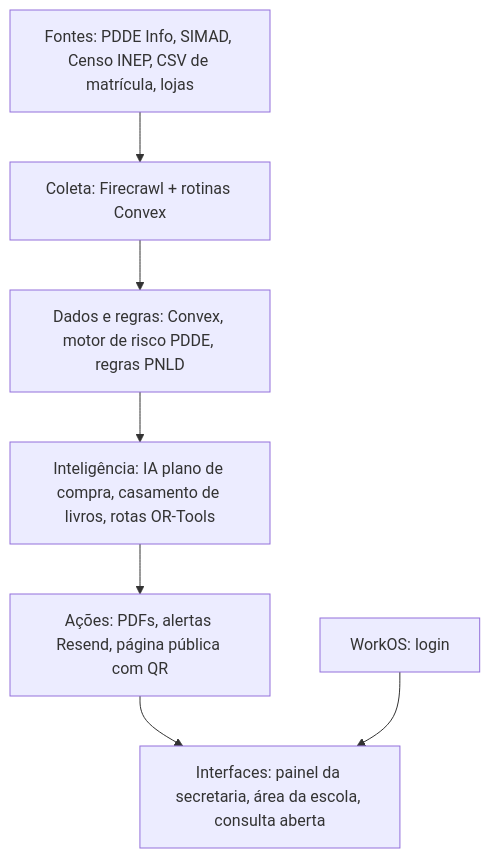
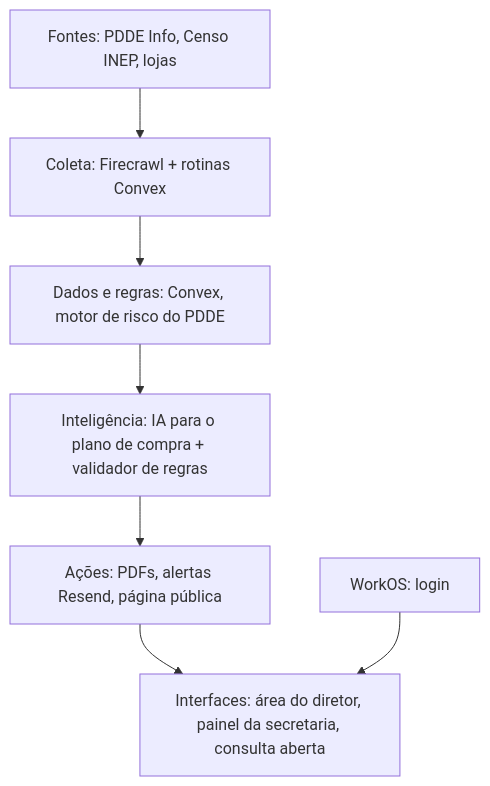
Before and after one commit to guimais/landing-page-hack-brasil: the diagram in README.md, drawn with Mermaid. The commit also changed other lines of this file and 2 other files, not shown here.

````diff
--- a/README.md
+++ b/README.md
@@ -62,9 +56,9 @@
 ```mermaid
 flowchart TD
-    A[Fontes: PDDE Info, SIMAD, Censo INEP, CSV de matrícula, lojas] --> B[Coleta: Firecrawl + rotinas Convex]
-    B --> C[Dados e regras: Convex, motor de risco PDDE, regras PNLD]
-    C --> D[Inteligência: IA plano de compra, casamento de livros, rotas OR-Tools]
-    D --> E[Ações: PDFs, alertas Resend, página pública com QR]
-    E --> F[Interfaces: painel da secretaria, área da escola, consulta aberta]
+    A[Fontes: PDDE Info, Censo INEP, lojas] --> B[Coleta: Firecrawl + rotinas Convex]
+    B --> C[Dados e regras: Convex, motor de risco do PDDE]
+    C --> D[Inteligência: IA para o plano de compra + validador de regras]
+    D --> E[Ações: PDFs, alertas Resend, página pública]
+    E --> F[Interfaces: área do diretor, painel da secretaria, consulta aberta]
     G[WorkOS: login] --> F
 ```
````
